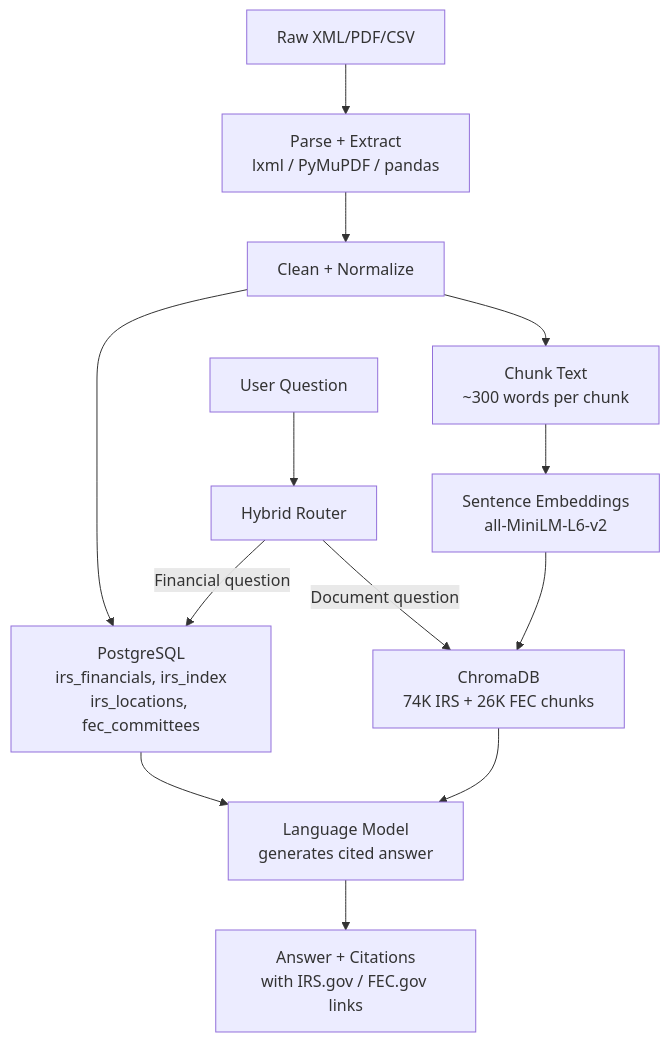
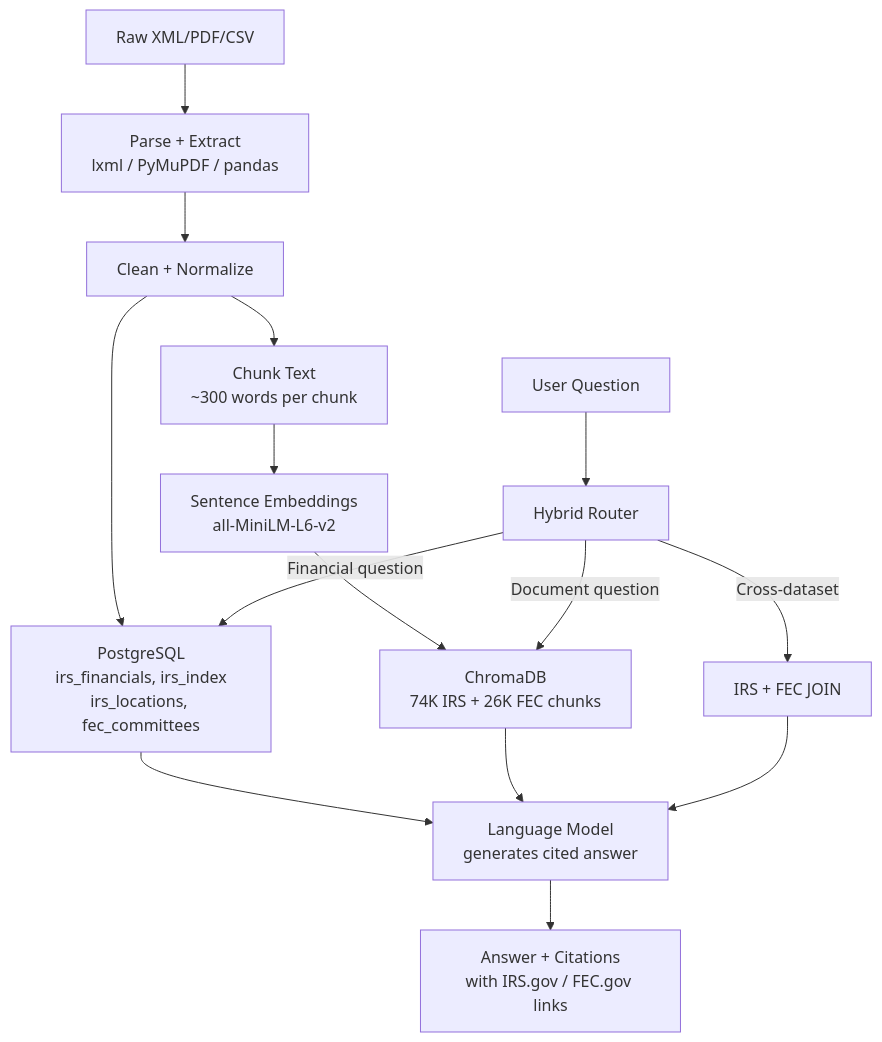
The second of 2 diagrams in README.md (saimanikantabattula/capstone-group2-investigative-rag), drawn with Mermaid before and after one commit. The commit also changed other lines of this file, not shown here.

````diff
--- a/README.md
+++ b/README.md
@@ -42,15 +42,17 @@
 ```mermaid
 flowchart TB
   A["Raw XML/PDF/CSV"] --> B["Parse + Extract\nlxml / PyMuPDF / pandas"]
   B --> C["Clean + Normalize"]
   C --> D["PostgreSQL\nirs_financials, irs_index\nirs_locations, fec_committees"]
   C --> E["Chunk Text\n~300 words per chunk"]
   E --> F["Sentence Embeddings\nall-MiniLM-L6-v2"]
   F --> G["ChromaDB\n74K IRS + 26K FEC chunks"]
   H["User Question"] --> I["Hybrid Router"]
+  I -->|"Cross-dataset"| J["IRS + FEC JOIN"]
   I -->|"Financial question"| D
   I -->|"Document question"| G
-  D --> J["Language Model\ngenerates cited answer"]
-  G --> J
-  J --> K["Answer + Citations\nwith IRS.gov / FEC.gov links"]
+  D --> K["Language Model\ngenerates cited answer"]
+  G --> K
+  J --> K
+  K --> L["Answer + Citations\nwith IRS.gov / FEC.gov links"]
 ```
````
